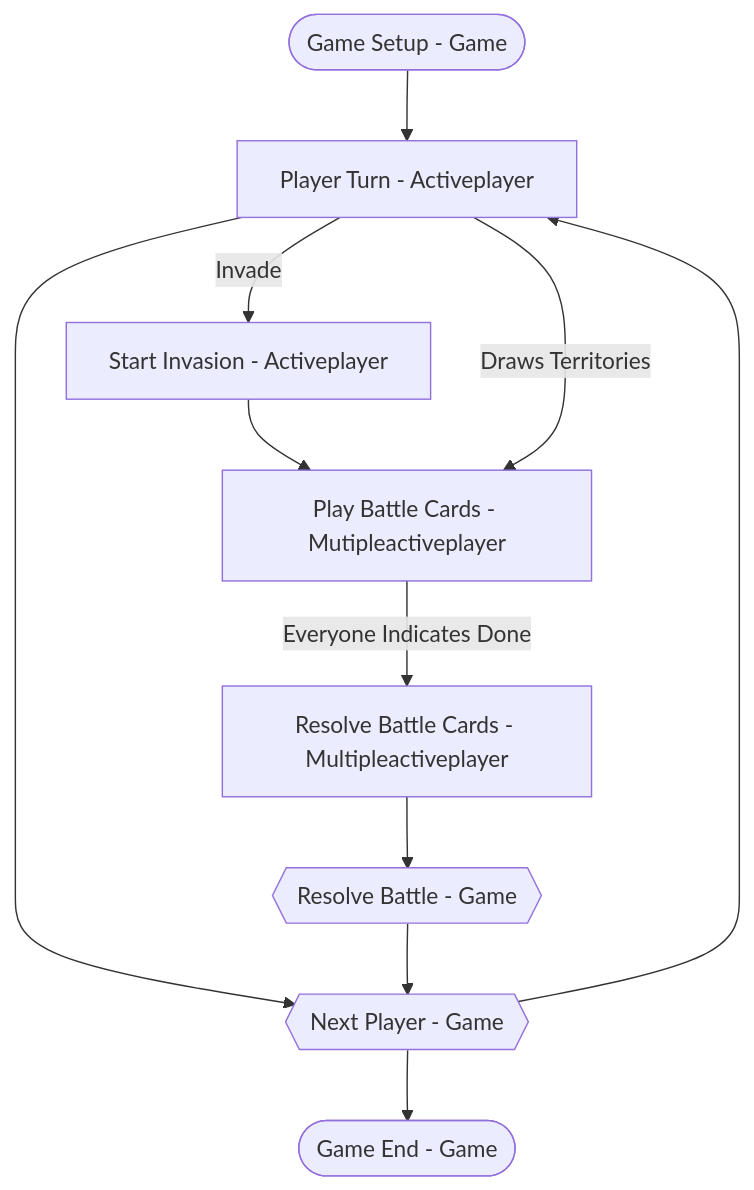
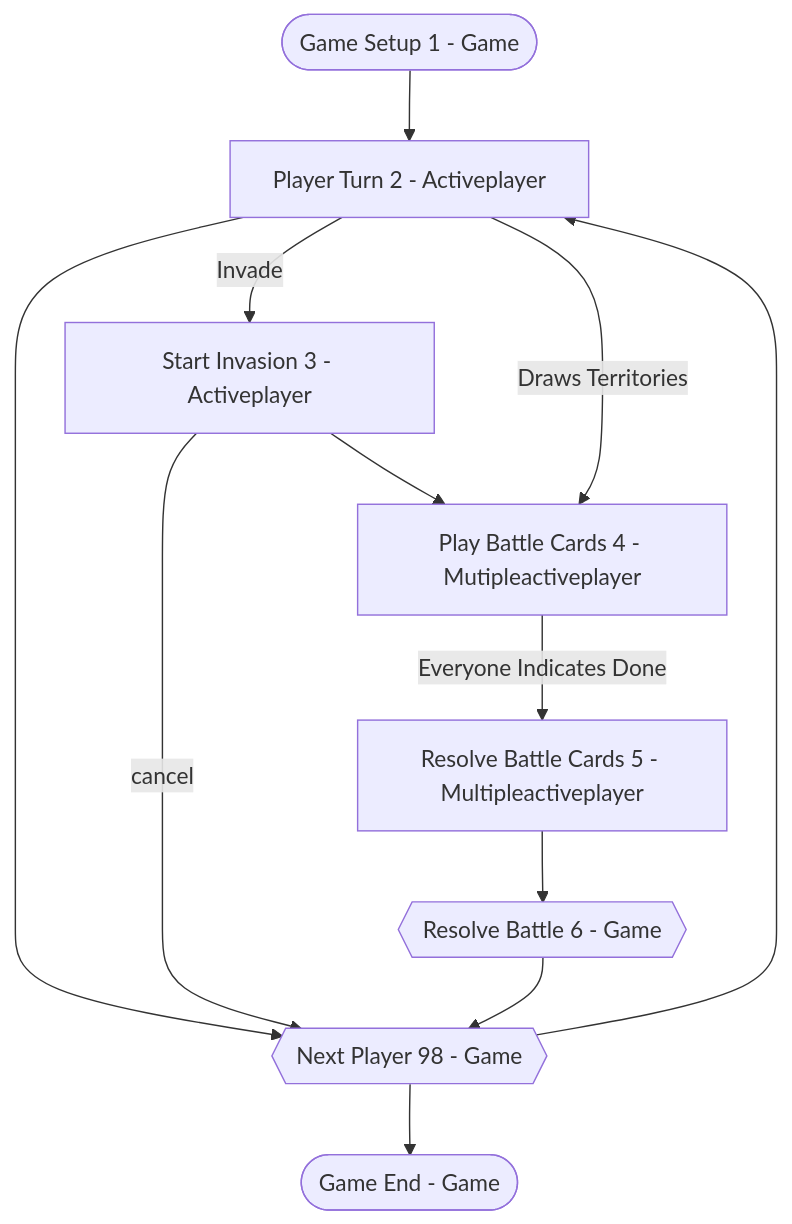
Before and after one commit to McNerdCo/bga-1945: the diagram in misc/state-machine-diagram.md, drawn with Mermaid. The commit also changed 1 other file, not shown here.

Commit message:
Lay in state machine basics

````diff
--- a/misc/state-machine-diagram.md
+++ b/misc/state-machine-diagram.md
@@ -5,13 +5,14 @@
 ```mermaid
 graph TD;
-    GameSetup([Game Setup - Game])-->PlayerTurn;
-    PlayerTurn[Player Turn - Activeplayer]-->NextPlayer;
+    GameSetup([Game Setup 1 - Game])-->PlayerTurn;
+    PlayerTurn[Player Turn 2 - Activeplayer]-->NextPlayer;
     PlayerTurn--Invade-->StartInvasion;
-    StartInvasion[Start Invasion - Activeplayer]-->PlayBattleCards;
+    StartInvasion[Start Invasion 3 - Activeplayer]-->PlayBattleCards;
+    StartInvasion--cancel-->NextPlayer
     PlayerTurn--Draws Territories-->PlayBattleCards;
-    PlayBattleCards[Play Battle Cards - Mutipleactiveplayer]--Everyone Indicates Done-->ResolveBattleCards;
-    ResolveBattleCards[Resolve Battle Cards - Multipleactiveplayer]-->ResolveBattle;
-    ResolveBattle{{Resolve Battle - Game}}-->NextPlayer;
-    NextPlayer{{Next Player - Game}}-->GameEnd([Game End - Game]);
+    PlayBattleCards[Play Battle Cards 4 - Mutipleactiveplayer]--Everyone Indicates Done-->ResolveBattleCards;
+    ResolveBattleCards[Resolve Battle Cards 5 - Multipleactiveplayer]-->ResolveBattle;
+    ResolveBattle{{Resolve Battle 6 - Game}}-->NextPlayer;
+    NextPlayer{{Next Player 98 - Game}}-->GameEnd([Game End - Game]);
     NextPlayer-->PlayerTurn;
 ```
````
